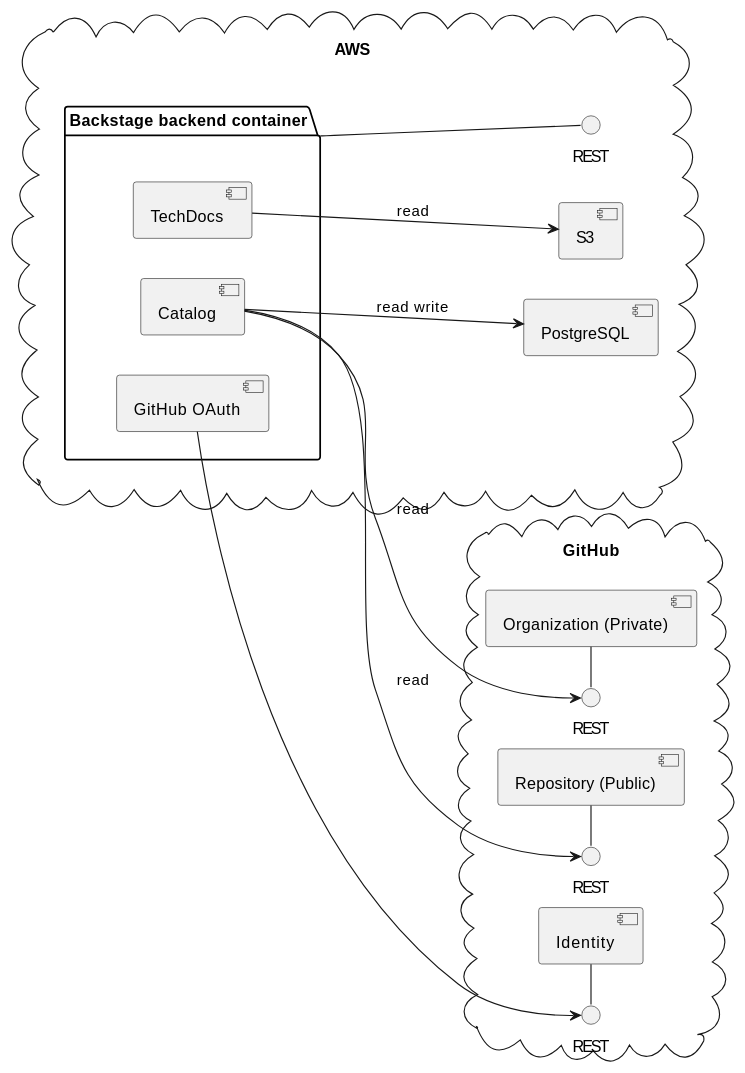
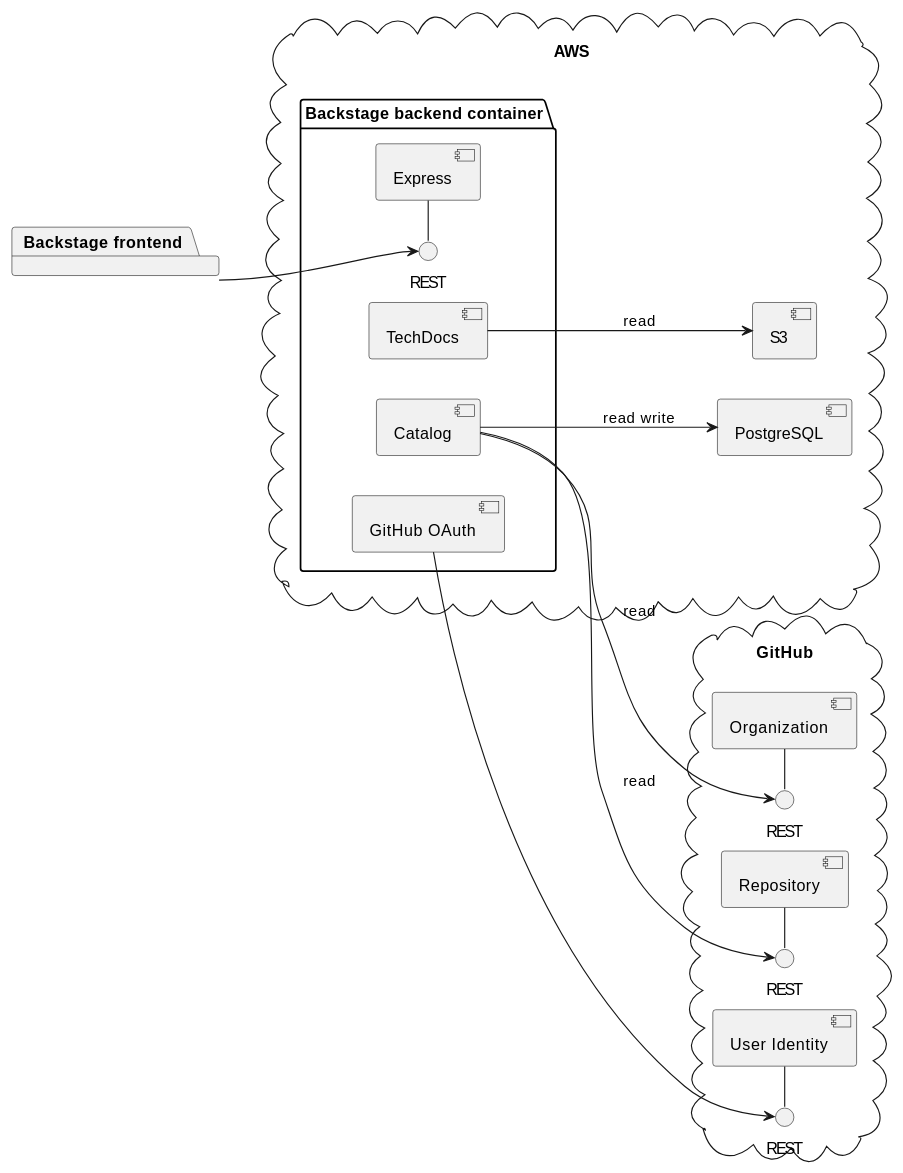
Before and after one commit to keyluck/lighthouse-backstage: the third of 4 diagrams in docs/deployment.md, drawn with PlantUML. The commit also changed other lines of this file, not shown here.

````diff
--- a/docs/deployment.md
+++ b/docs/deployment.md
@@ -84,27 +84,31 @@
 ```plantuml
 left to right direction
+package "Backstage frontend"
 cloud "AWS\n"{
   component "PostgreSQL" as postgresql
   package container as "Backstage backend container"{
     [Catalog]
     [TechDocs]
     [GitHub OAuth]
+    [Express]
+    REST - Express
   } 
+  
   [S3]
   [Catalog] --> [postgresql] : read write
   [TechDocs] --> [S3] : read 
-  REST -up- container
+  [Backstage frontend] --> REST
 }
 
 cloud "GitHub\n" {
   interface "REST" as RepoAPI
   interface "REST" as OrgAPI
   interface "REST" as OAuth
-  OrgAPI - [Organization (Private)]
-  RepoAPI - [Repository (Public)]
-  OAuth - [Identity]
+  OrgAPI - [Organization]
+  RepoAPI - [Repository]
+  OAuth - [User Identity]
   [Catalog] --> OrgAPI : read
   [Catalog] --> RepoAPI : read
   [GitHub OAuth] --> OAuth 
 }
 ```
````
